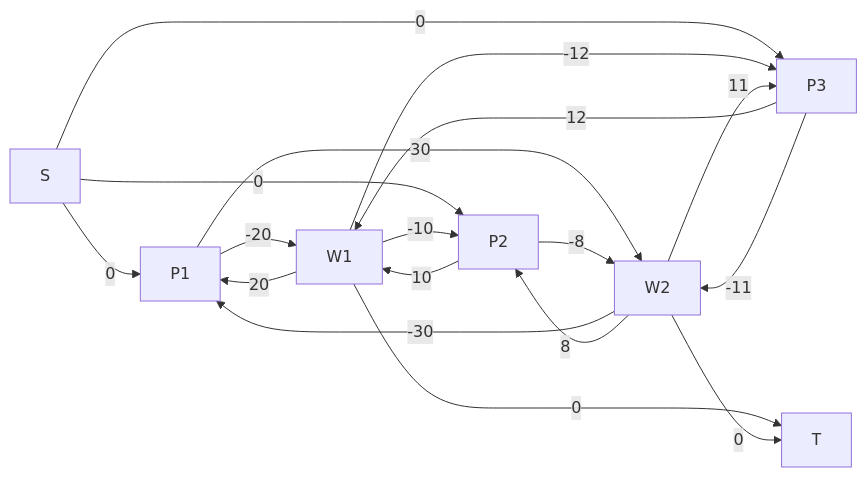
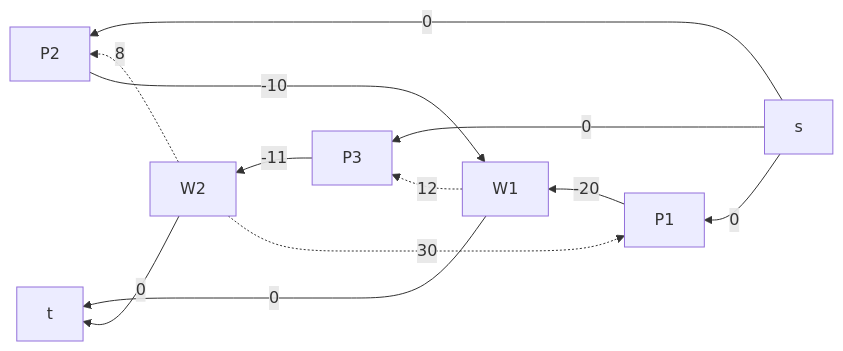
One commit to hse-algo-24-crow/manual-tasks-crow changed the third of 6 diagrams in task-11/digital-racers-task-11+.md. Above: the diagram before and after it, drawn with Mermaid. The commit also changed other lines of this file, not shown here.

````diff
--- a/task-11/digital-racers-task-11+.md
+++ b/task-11/digital-racers-task-11+.md
@@ -111,20 +108,14 @@
 ```mermaid
-graph LR
-    S-->|0|P1
-    S-->|0|P2
-    S-->|0|P3
+graph RL
+    s-->|0|P1
+    s-->|0|P2
+    s-->|0|P3
     P1-->|-20|W1
-    W1-->|20|P1
-    P1-->|30|W2
-    W2-->|-30|P1
-    P2-->|10|W1
-    W1-->|-10|P2
-    P2-->|-8|W2
-    W2-->|8|P2
-    P3-->|12|W1
-    W1-->|-12|P3
+    W2-.->|30|P1
+    P2-->|-10|W1
+    W2-.->|8|P2
+    W1-.->|12|P3
     P3-->|-11|W2
-    W2-->|11|P3
-    W1-->|0|T
-    W2-->|0|T
+    W1-->|0|t
+    W2-->|0|t
 ```
````
